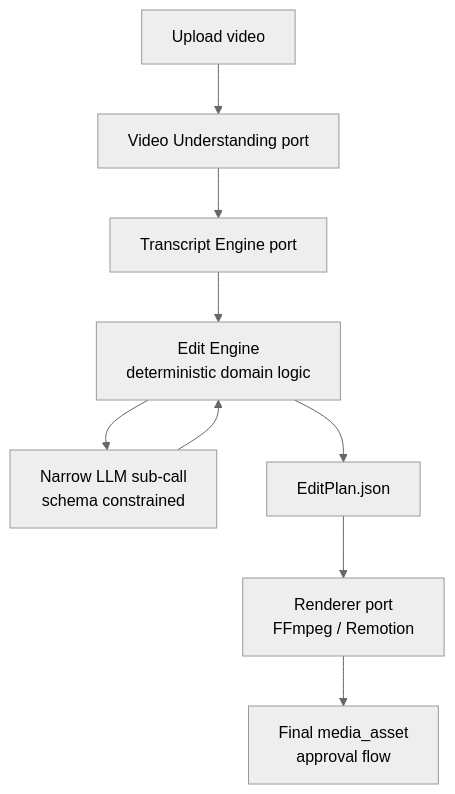
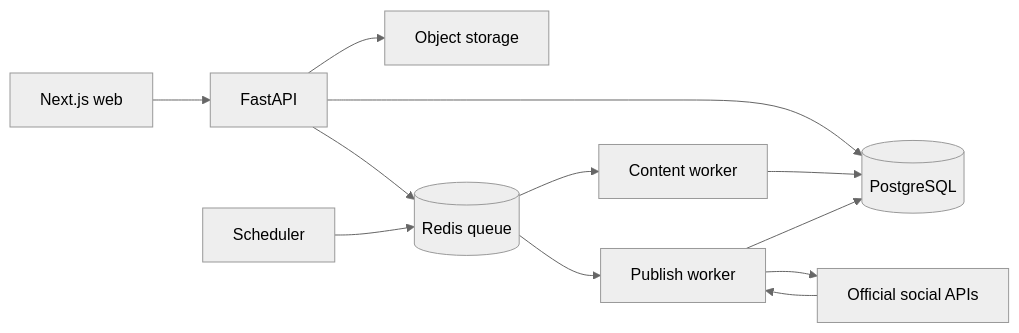
One commit to brianhuynh2021/havi changed the diagram in docs/architecture/SYSTEM_ARCHITECTURE.md. Above: the diagram before and after it, drawn with Mermaid (neutral theme). The commit also changed other lines of this file and 204 other files, not shown here.

````diff
--- a/docs/architecture/SYSTEM_ARCHITECTURE.md
+++ b/docs/architecture/SYSTEM_ARCHITECTURE.md
@@ -282,11 +25,14 @@
 ```mermaid
-flowchart TD
-    UPLOAD["Upload video"] --> VU["Video Understanding port"]
-    VU --> TR["Transcript Engine port"]
-    TR --> EDIT["Edit Engine<br/>deterministic domain logic"]
-    EDIT --> SEM["Narrow LLM sub-call<br/>schema constrained"]
-    SEM --> EDIT
-    EDIT --> PLAN["EditPlan.json"]
-    PLAN --> RENDER["Renderer port<br/>FFmpeg / Remotion"]
-    RENDER --> OUT["Final media_asset<br/>approval flow"]
+flowchart LR
+    WEB["Next.js web"] --> API["FastAPI"]
+    API --> DB[("PostgreSQL")]
+    API --> STORE["Object storage"]
+    API --> REDIS[("Redis queue")]
+    REDIS --> CONTENT["Content worker"]
+    REDIS --> PUBLISH["Publish worker"]
+    BEAT["Scheduler"] --> REDIS
+    CONTENT --> DB
+    PUBLISH --> SOCIAL["Official social APIs"]
+    SOCIAL --> PUBLISH
+    PUBLISH --> DB
 ```
````
